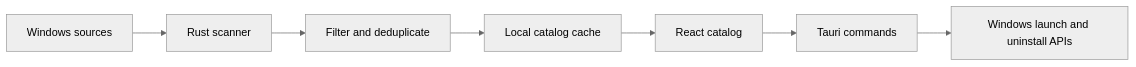
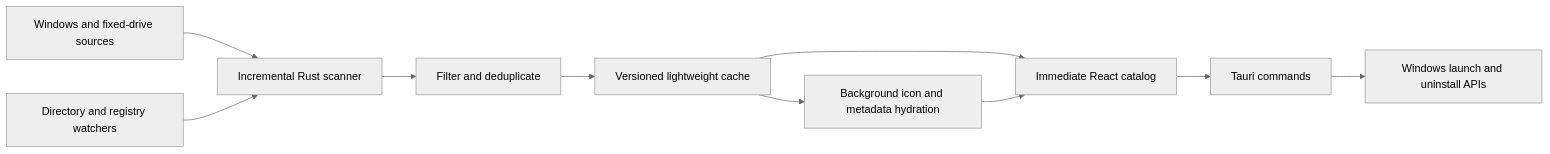
The diagram in Documentation.md (keskiyo/WindowsApps), drawn with Mermaid (neutral theme) before and after one commit. The commit also changed other lines of this file and 33 other files, not shown here.

````diff
--- a/Documentation.md
+++ b/Documentation.md
@@ -30,9 +30,12 @@
 ```mermaid
 flowchart LR
-  Sources["Windows sources"] --> Scanner["Rust scanner"]
+  Sources["Windows and fixed-drive sources"] --> Scanner["Incremental Rust scanner"]
+  Watchers["Directory and registry watchers"] --> Scanner
   Scanner --> Sanitize["Filter and deduplicate"]
-  Sanitize --> Cache["Local catalog cache"]
-  Cache --> UI["React catalog"]
+  Sanitize --> Cache["Versioned lightweight cache"]
+  Cache --> UI["Immediate React catalog"]
+  Cache --> Hydration["Background icon and metadata hydration"]
+  Hydration --> UI
   UI --> Native["Tauri commands"]
   Native --> Windows["Windows launch and uninstall APIs"]
 ```
````
